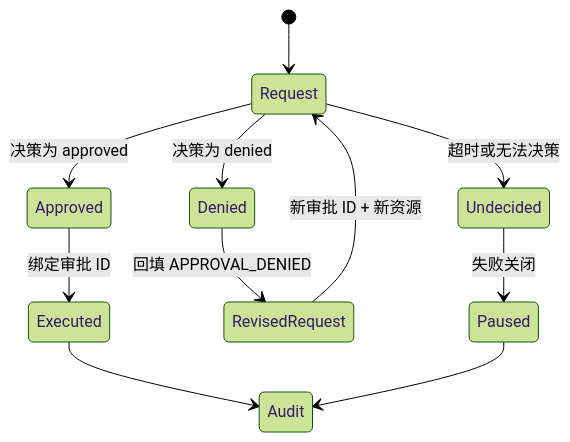
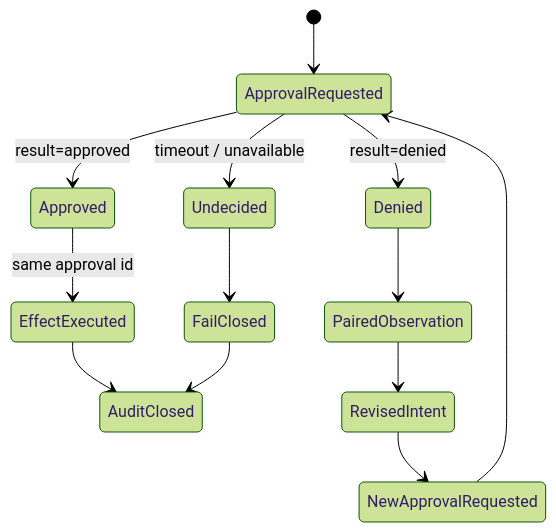
The first of 2 diagrams in tutorial/zh-CN/05-labs/approval-rejection.md (xiaoslin9153/awesome-agent-harness-tutorial), drawn with Mermaid (forest theme) before and after one commit. The commit also changed other lines of this file and 4 other files, not shown here.

````diff
--- a/tutorial/zh-CN/05-labs/approval-rejection.md
+++ b/tutorial/zh-CN/05-labs/approval-rejection.md
@@ -67,13 +60,18 @@
 ```mermaid
 stateDiagram-v2
-  [*] --> Request
-  Request --> Approved: 决策为 approved
-  Request --> Denied: 决策为 denied
-  Request --> Undecided: 超时或无法决策
-  Approved --> Executed: 绑定审批 ID
-  Denied --> RevisedRequest: 回填 APPROVAL_DENIED
-  RevisedRequest --> Request: 新审批 ID + 新资源
-  Undecided --> Paused: 失败关闭
-  Executed --> Audit
-  Paused --> Audit
+  [*] --> ApprovalRequested
+  ApprovalRequested --> Approved: result=approved
+  ApprovalRequested --> Denied: result=denied
+  ApprovalRequested --> Undecided: timeout / unavailable
+
+  Approved --> EffectExecuted: same approval id
+  EffectExecuted --> AuditClosed
+
+  Denied --> PairedObservation
+  PairedObservation --> RevisedIntent
+  RevisedIntent --> NewApprovalRequested
+  NewApprovalRequested --> ApprovalRequested
+
+  Undecided --> FailClosed
+  FailClosed --> AuditClosed
 ```
````
